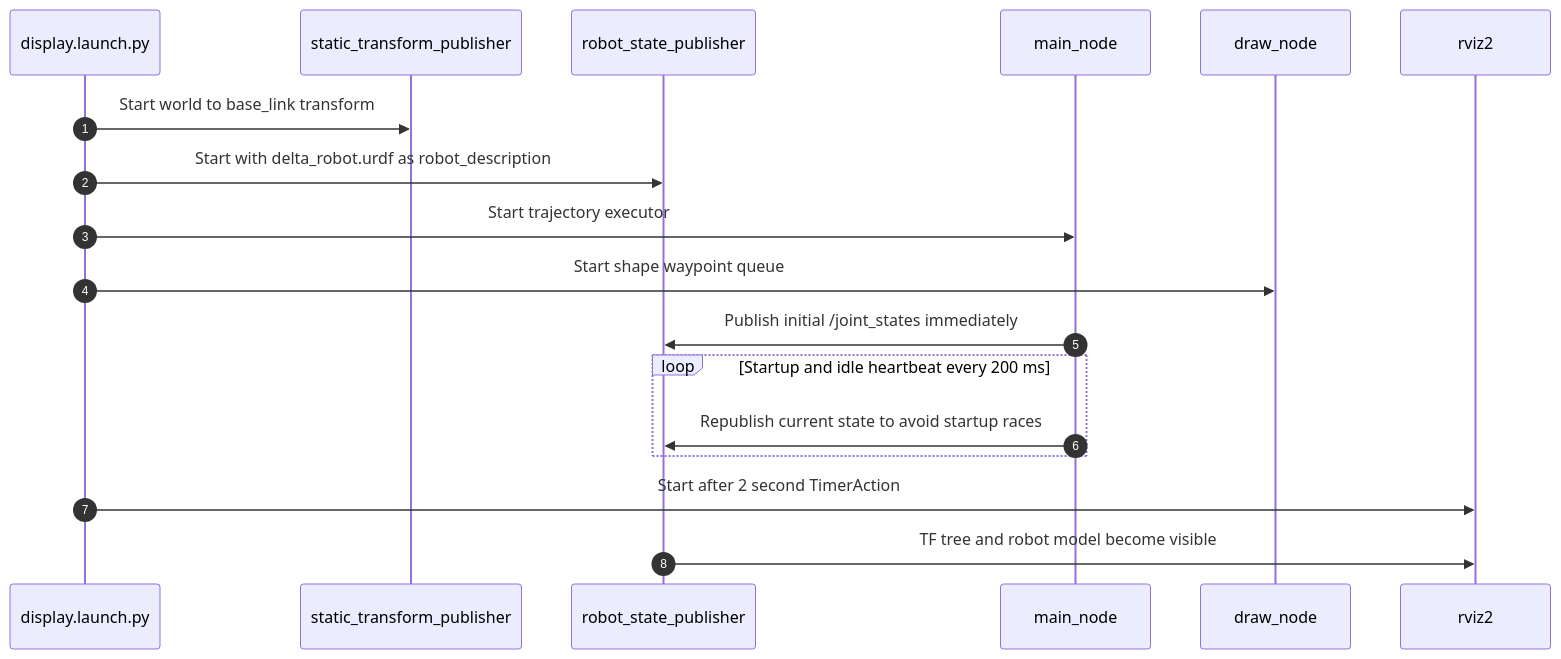
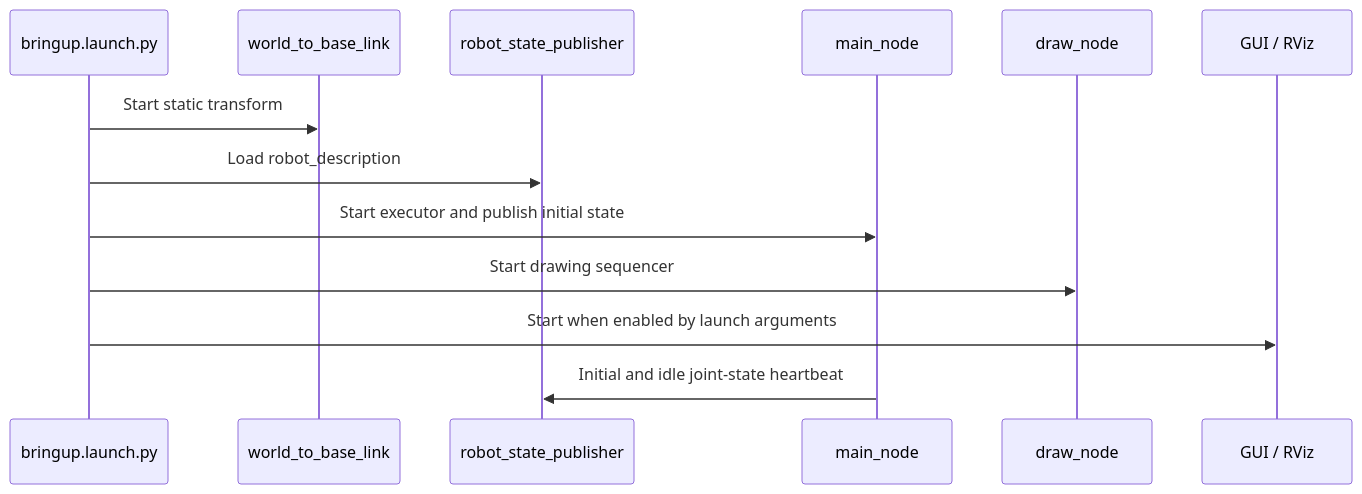
One commit to thanhduong8457/ROS changed the fourth of 4 diagrams in docs/software_architecture.md. Above: the diagram before and after it, drawn with Mermaid. The commit also changed other lines of this file and 52 other files, not shown here.

First line of the commit message:
Refactor ROS 2 delta robot project

````diff
--- a/docs/software_architecture.md
+++ b/docs/software_architecture.md
@@ -224,21 +183,16 @@
 ```mermaid
 sequenceDiagram
-    autonumber
-    participant Launch as display.launch.py
-    participant StaticTF as static_transform_publisher
+    participant Launch as bringup.launch.py
+    participant StaticTF as world_to_base_link
     participant RSP as robot_state_publisher
     participant Main as main_node
     participant Draw as draw_node
-    participant RViz as rviz2
+    participant Optional as GUI / RViz
 
-    Launch->>StaticTF: Start world to base_link transform
-    Launch->>RSP: Start with delta_robot.urdf as robot_description
-    Launch->>Main: Start trajectory executor
-    Launch->>Draw: Start shape waypoint queue
-    Main->>RSP: Publish initial /joint_states immediately
-    loop Startup and idle heartbeat every 200 ms
-        Main->>RSP: Republish current state to avoid startup races
-    end
-    Launch->>RViz: Start after 2 second TimerAction
-    RSP->>RViz: TF tree and robot model become visible
+    Launch->>StaticTF: Start static transform
+    Launch->>RSP: Load robot_description
+    Launch->>Main: Start executor and publish initial state
+    Launch->>Draw: Start drawing sequencer
+    Launch->>Optional: Start when enabled by launch arguments
+    Main->>RSP: Initial and idle joint-state heartbeat
 ```
````
